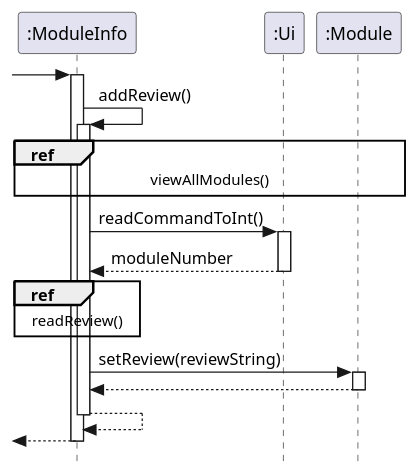
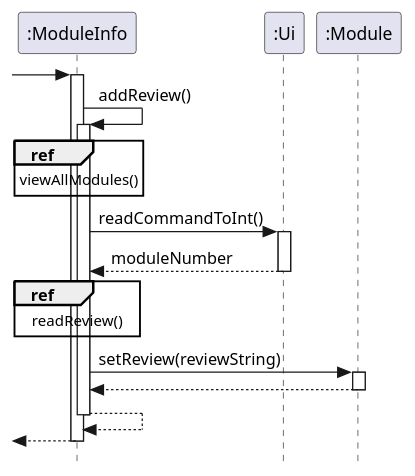
One commit to nus-cs2113-AY2021S2/tp changed the diagram in docs/diagrams/moduleInfo/addNewReview.puml. Above: the diagram before and after it, drawn with PlantUML. The commit also changed 4 other files, not shown here.

```diff
--- a/docs/diagrams/moduleInfo/addNewReview.puml
+++ b/docs/diagrams/moduleInfo/addNewReview.puml
@@ -1,19 +1,19 @@
 @startuml
 skinparam style strictuml
 participant ":ModuleInfo" as ModuleInfo
 participant ":Ui" as Ui
 participant ":Module" as Module
 [-> ModuleInfo:
 activate ModuleInfo
 
     ModuleInfo -> ModuleInfo++ :  addReview()
-        ref over ModuleInfo, Module, Ui : viewAllModules()
+        ref over ModuleInfo : viewAllModules()
         ModuleInfo -> Ui++ : readCommandToInt()
         return moduleNumber
         ref over ModuleInfo : readReview()
         ModuleInfo -> Module++ : setReview(reviewString)
         return
     return
 return
 
 @enduml
```
